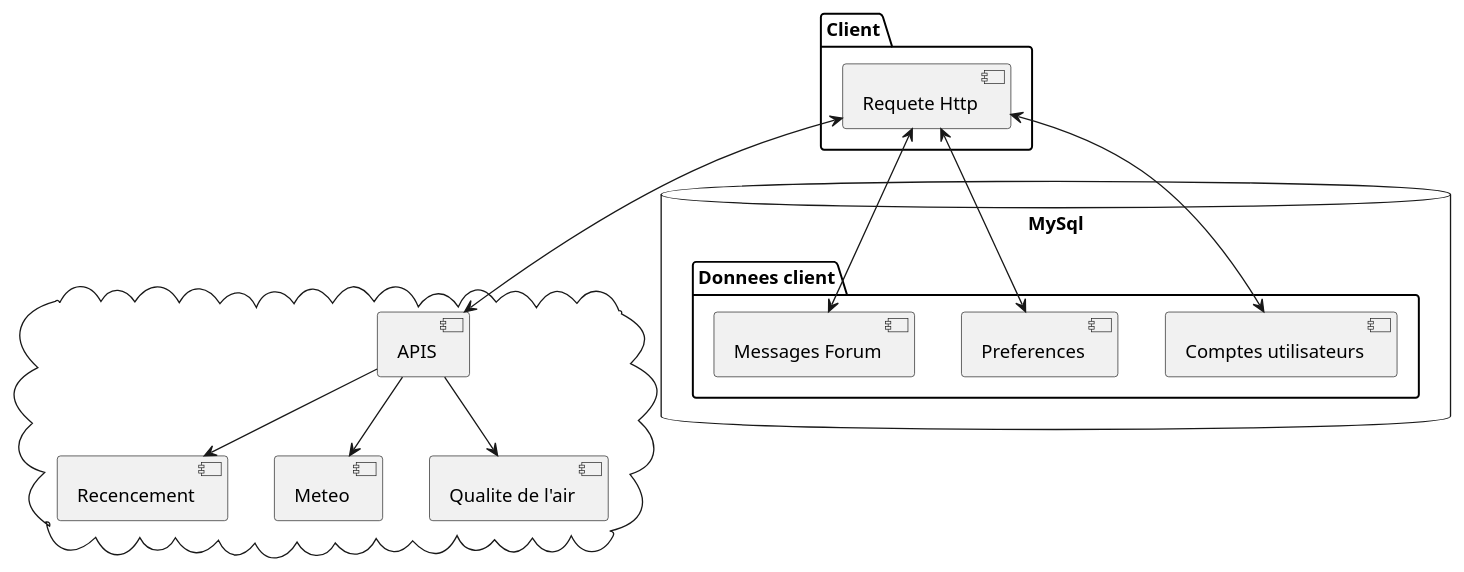
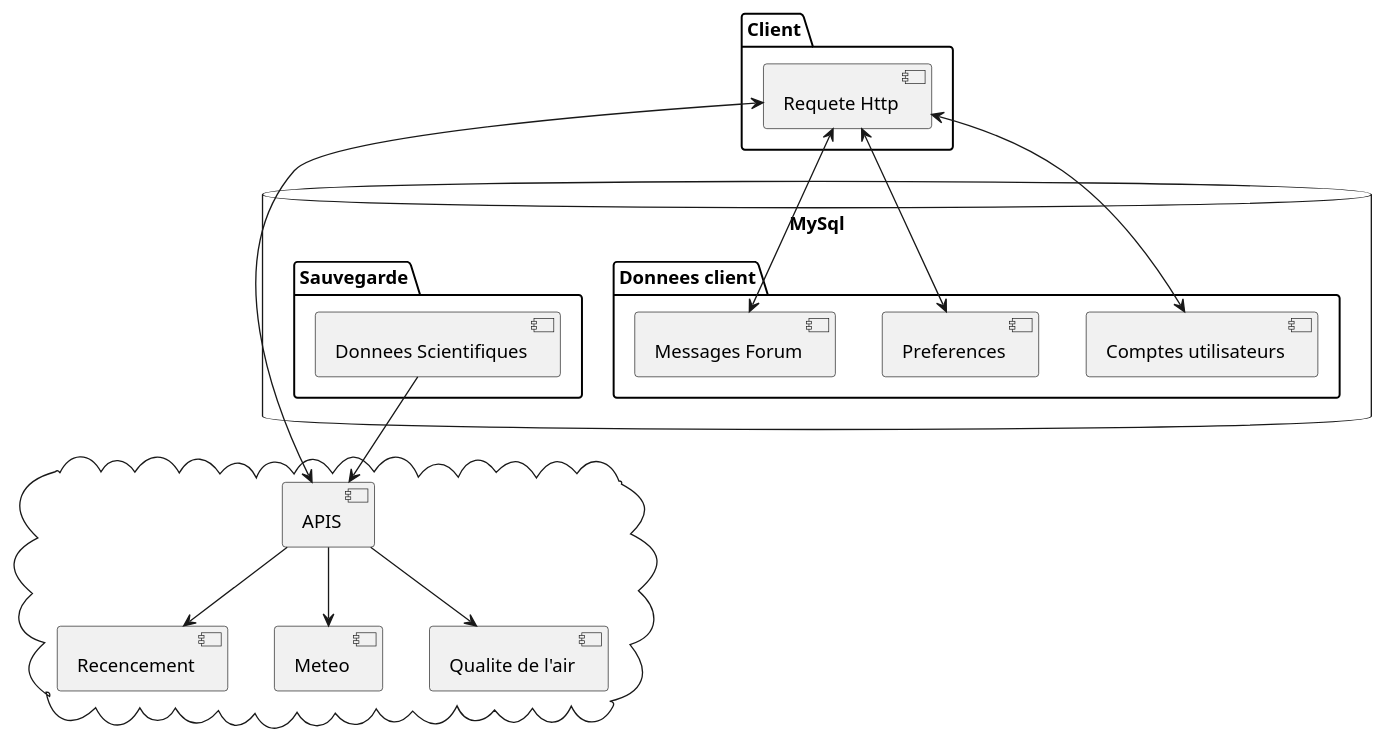
One commit to AirShareCorporation/TPMeteo changed the diagram in flux.puml. Above: the diagram before and after it, drawn with PlantUML.

Commit message:
diagramme de classe

```diff
--- a/flux.puml
+++ b/flux.puml
@@ -1,35 +1,40 @@
 @startuml
 'https://plantuml.com/component-diagram
 
 
 package "Client" {
   [Requete Http]
 }
 cloud {
   [APIS]
         [Recencement]
         [Meteo]
         [Qualite de l'air]
 
 }
 
 
 database "MySql" {
   folder "Donnees client" {
     [Comptes utilisateurs]
     [Preferences]
     [Messages Forum]
   }
 
+  folder "Sauvegarde" {
+      [Donnees Scientifiques]
+    }
+
 }
 
 
 [Requete Http] <--> [APIS]
+[Donnees Scientifiques] --> [APIS]
 [Requete Http] <--> [Comptes utilisateurs]
 [Requete Http] <--> [Preferences]
 [Requete Http] <--> [Messages Forum]
 [APIS] --> [Recencement]
 [APIS] --> [Meteo]
 [APIS] --> [Qualite de l'air]
 
 @enduml
```
